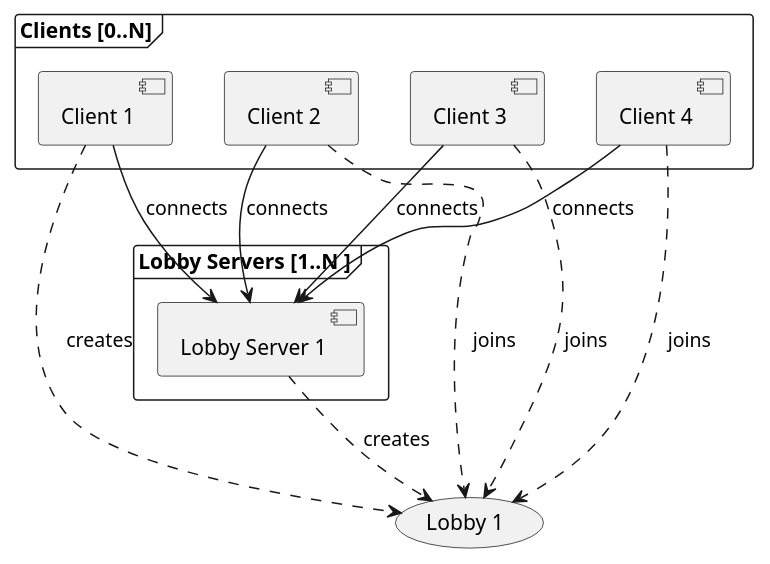
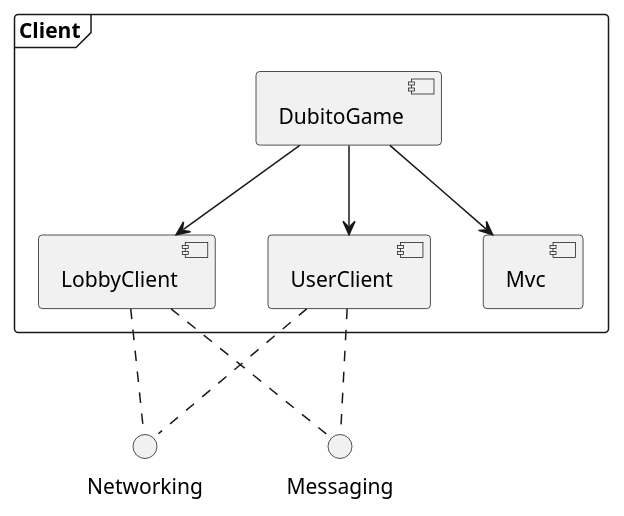
The second of 13 diagrams in docs/report.md (Alb-Ard/dist-sys-dubito-online), drawn with PlantUML before and after one commit. The commit also changed other lines of this file and 1 other file, not shown here.

First line of the commit message:
Changes to module and state diagrams:

````diff
--- a/docs/report.md
+++ b/docs/report.md
@@ -155,29 +181,28 @@
 ```plantuml
 
 @startuml
 
-frame "Clients [0..N]" {
-  [Client 1]
-  [Client 2]
-  [Client 3]
-  [Client 4]
+() Networking
+
+() Messaging
+
+frame "Client" {
+	[LobbyClient]
+	[UserClient]
+	[DubitoGame]
+	[Mvc]
 }
 
-frame "Lobby Servers [1..N ]" {
-  [Lobby Server 1]
-}
+[DubitoGame] --> [Mvc]
+[DubitoGame] --> [LobbyClient]
+[DubitoGame] --> [UserClient]
 
-[Client 1] --> [Lobby Server 1] : connects
-[Client 2] --> [Lobby Server 1] : connects
-[Client 3] --> [Lobby Server 1] : connects
-[Client 4] --> [Lobby Server 1] : connects
+[UserClient] .. [Messaging]
+[LobbyClient] .. [Messaging]
 
-[Lobby Server 1] ..> (Lobby 1) : creates
-[Client 1] ..> (Lobby 1) : creates
-[Client 2] ..> (Lobby 1) : joins
-[Client 3] ..> (Lobby 1) : joins
-[Client 4] ..> (Lobby 1) : joins
+[UserClient] .. [Networking]
+[LobbyClient] .. [Networking]
 
 @enduml
 
 ```
````
